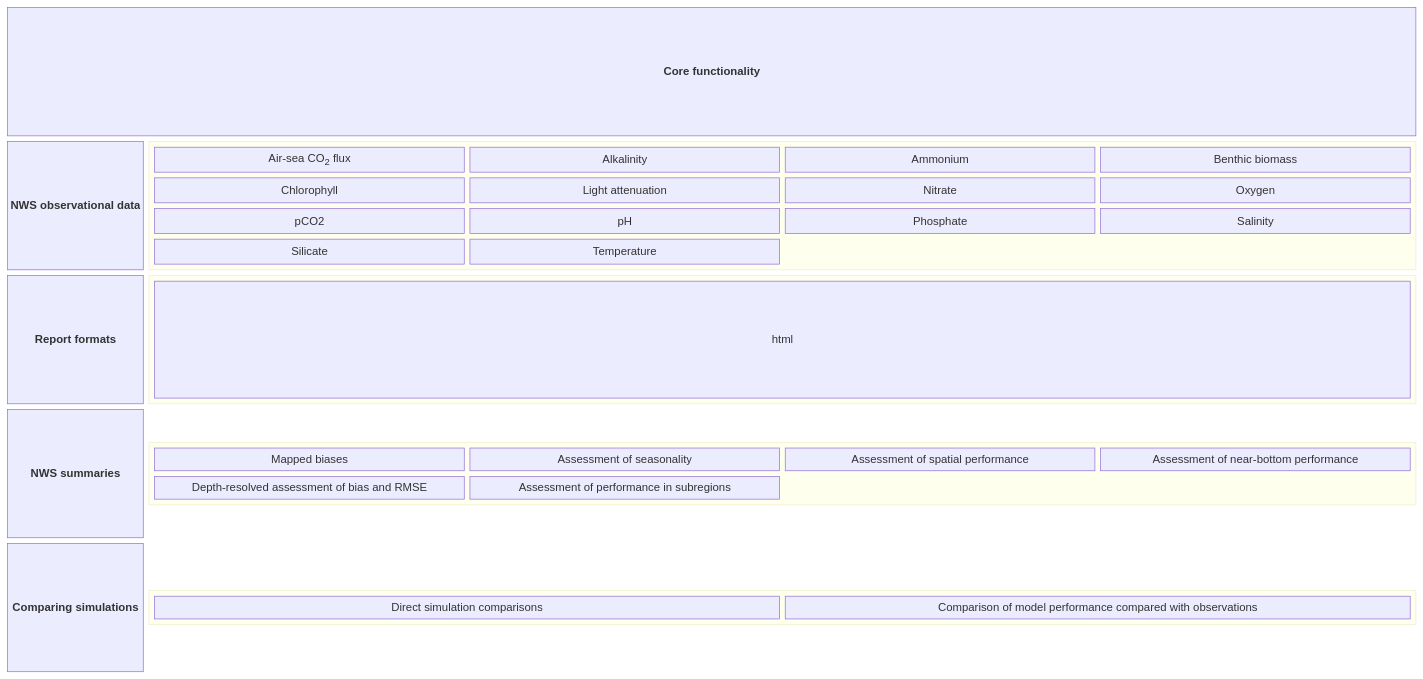
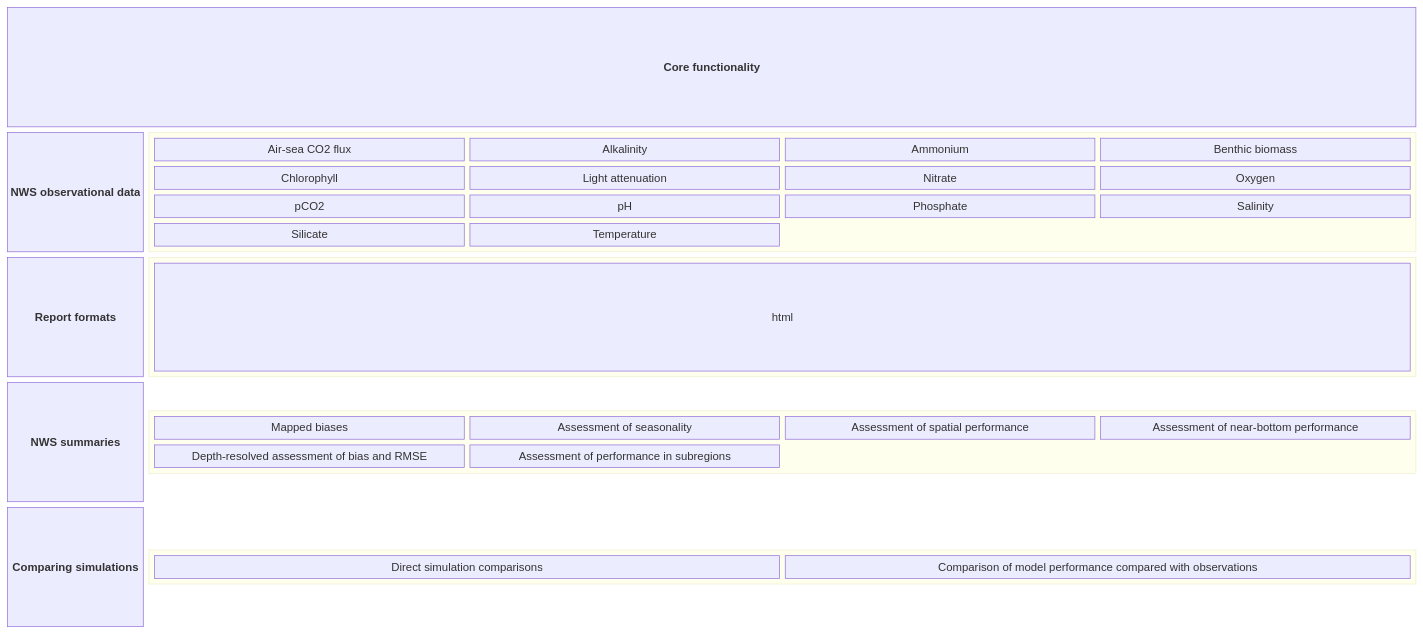
The diagram in README.md (pmlmodelling/oceanVal), drawn with Mermaid before and after one commit. The commit also changed other lines of this file, not shown here.

Commit message:
try subscript

````diff
--- a/README.md
+++ b/README.md
@@ -18,28 +18,28 @@
 ```mermaid 
 
 
 block-beta
   columns 10 
   a["<b>Core functionality"]:10
   b["<b>NWS observational data"]
   block:group2:9
     columns 4 
-    c["Air-sea CO<sub>2</sub> flux"] d["Alkalinity"] e["Ammonium"] f["Benthic biomass"] g["Chlorophyll"] h["Light attenuation"]  i["Nitrate"] j["Oxygen"] k["pCO2"] l["pH"] m["Phosphate"] n["Salinity"] o["Silicate"] p["Temperature"] 
+    c["Air-sea CO2 flux"] d["Alkalinity"] e["Ammonium"] f["Benthic biomass"] g["Chlorophyll"] h["Light attenuation"]  i["Nitrate"] j["Oxygen"] k["pCO2"] l["pH"] m["Phosphate"] n["Salinity"] o["Silicate"] p["Temperature"] 
   end
    ae["<b>Report formats"]
     block:group4:9
     columns 1
     af["html"]
    end
    al["<b>NWS summaries"]
     block:group6:9
     columns 4
     am["Mapped biases"] an["Assessment of seasonality"] ao["Assessment of spatial performance"] ap["Assessment of near-bottom performance"] aq["Depth-resolved assessment of bias and RMSE"] ar["Assessment of performance in subregions"]
    end
    as["<b>Comparing simulations"]
     block:group7:9
     columns 4
     at["Direct simulation comparisons"] au["Comparison of model performance compared with observations"] 
    end
 
 ```
````
